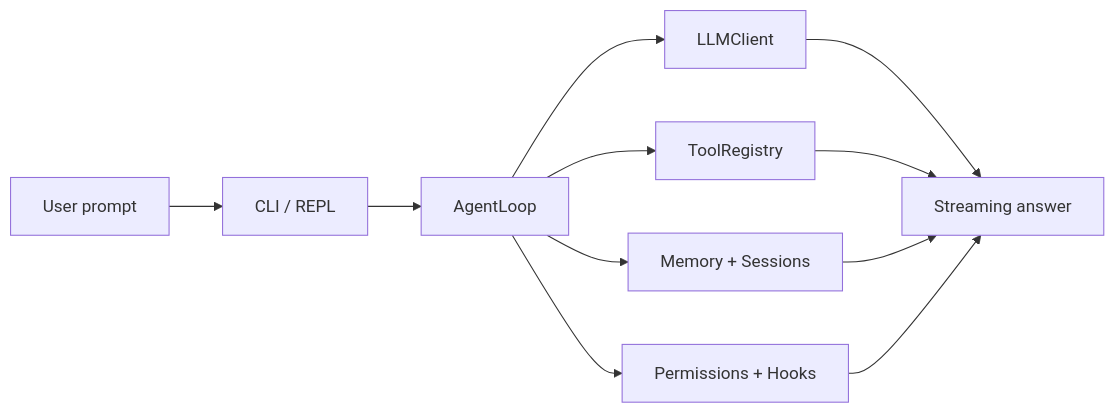
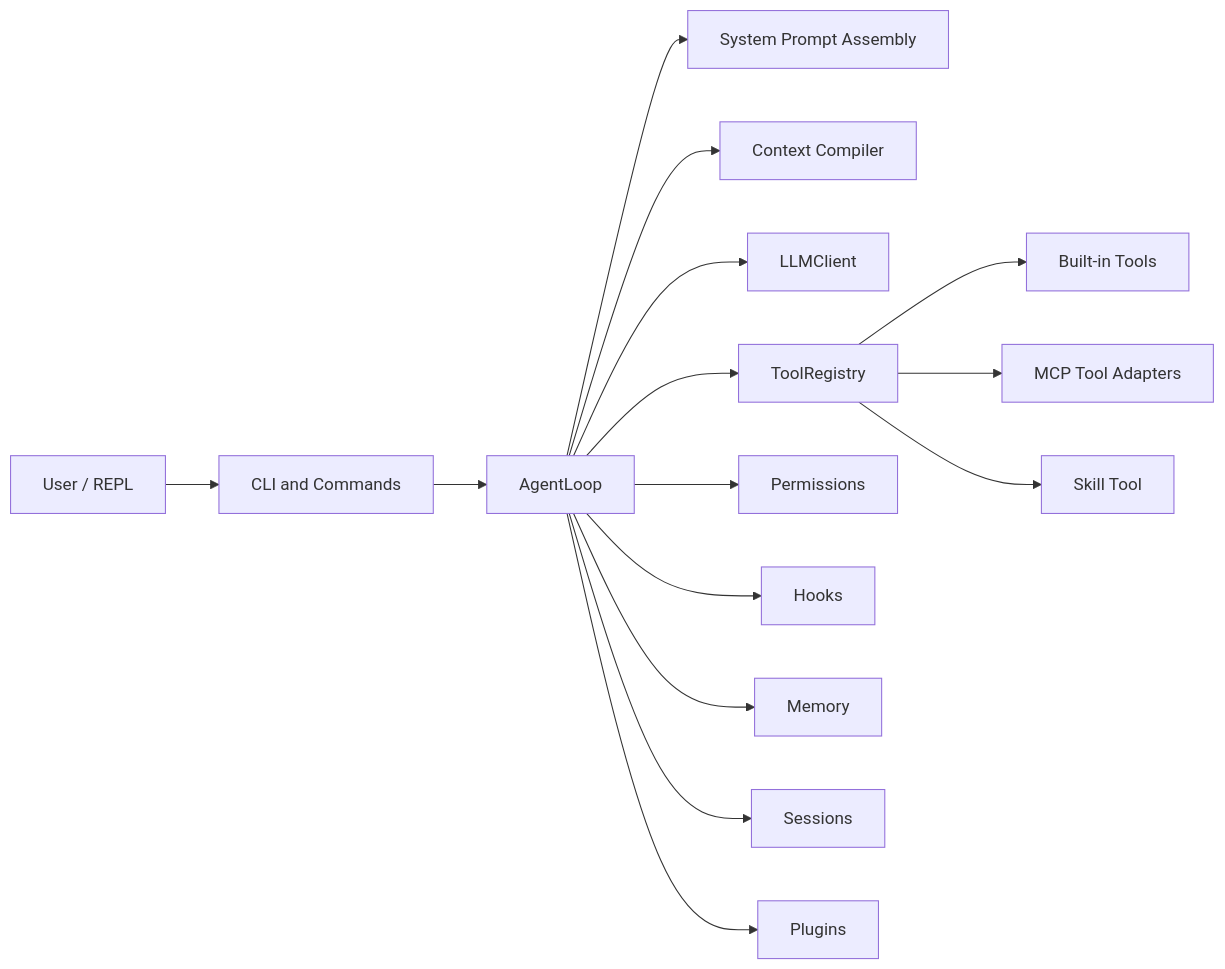
Before and after one commit to Qianxia-k/miniharness: the diagram in README.md, drawn with Mermaid. The commit also changed other lines of this file and 26 other files, not shown here.

````diff
--- a/README.md
+++ b/README.md
@@ -20,13 +47,17 @@
 ```mermaid
 flowchart LR
-		U[User prompt] --> C[CLI / REPL]
-		C --> L[AgentLoop]
-		L --> P[LLMClient]
-		L --> T[ToolRegistry]
-		L --> M[Memory + Sessions]
-		L --> H[Permissions + Hooks]
-		P --> O[Streaming answer]
-		T --> O
-		M --> O
-		H --> O
+    U[User / REPL] --> CLI[CLI and Commands]
+    CLI --> L[AgentLoop]
+    L --> SP[System Prompt Assembly]
+    L --> C[Context Compiler]
+    L --> LLM[LLMClient]
+    L --> TR[ToolRegistry]
+    TR --> BT[Built-in Tools]
+    TR --> MCP[MCP Tool Adapters]
+    TR --> SK[Skill Tool]
+    L --> PERM[Permissions]
+    L --> HOOK[Hooks]
+    L --> MEM[Memory]
+    L --> SESS[Sessions]
+    L --> PLUG[Plugins]
 ```
````
